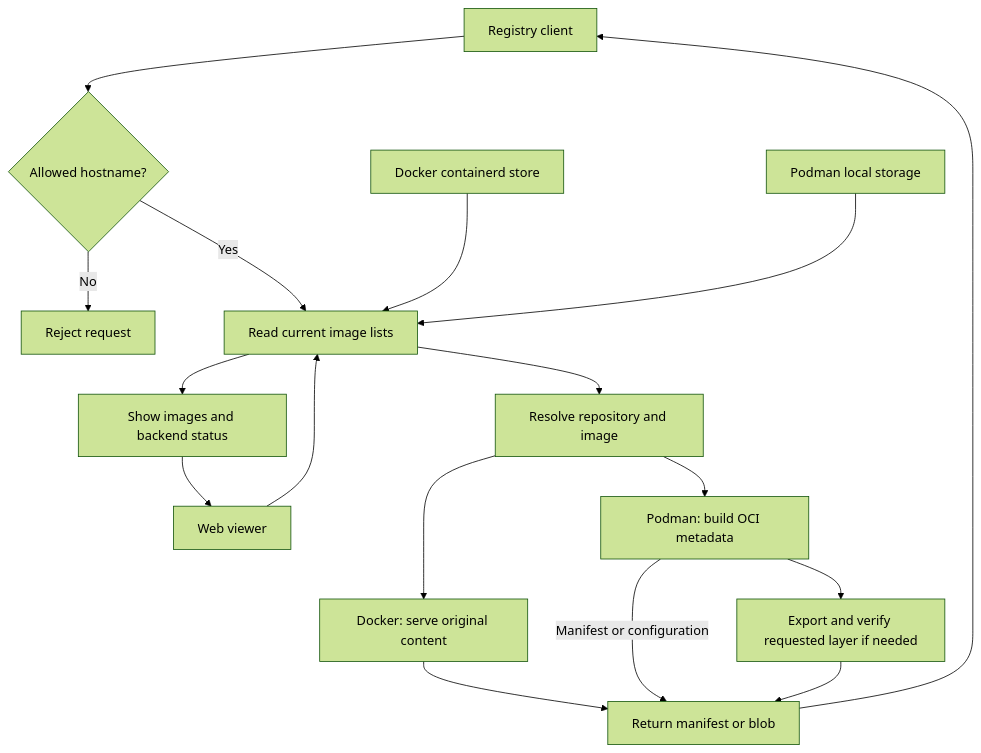
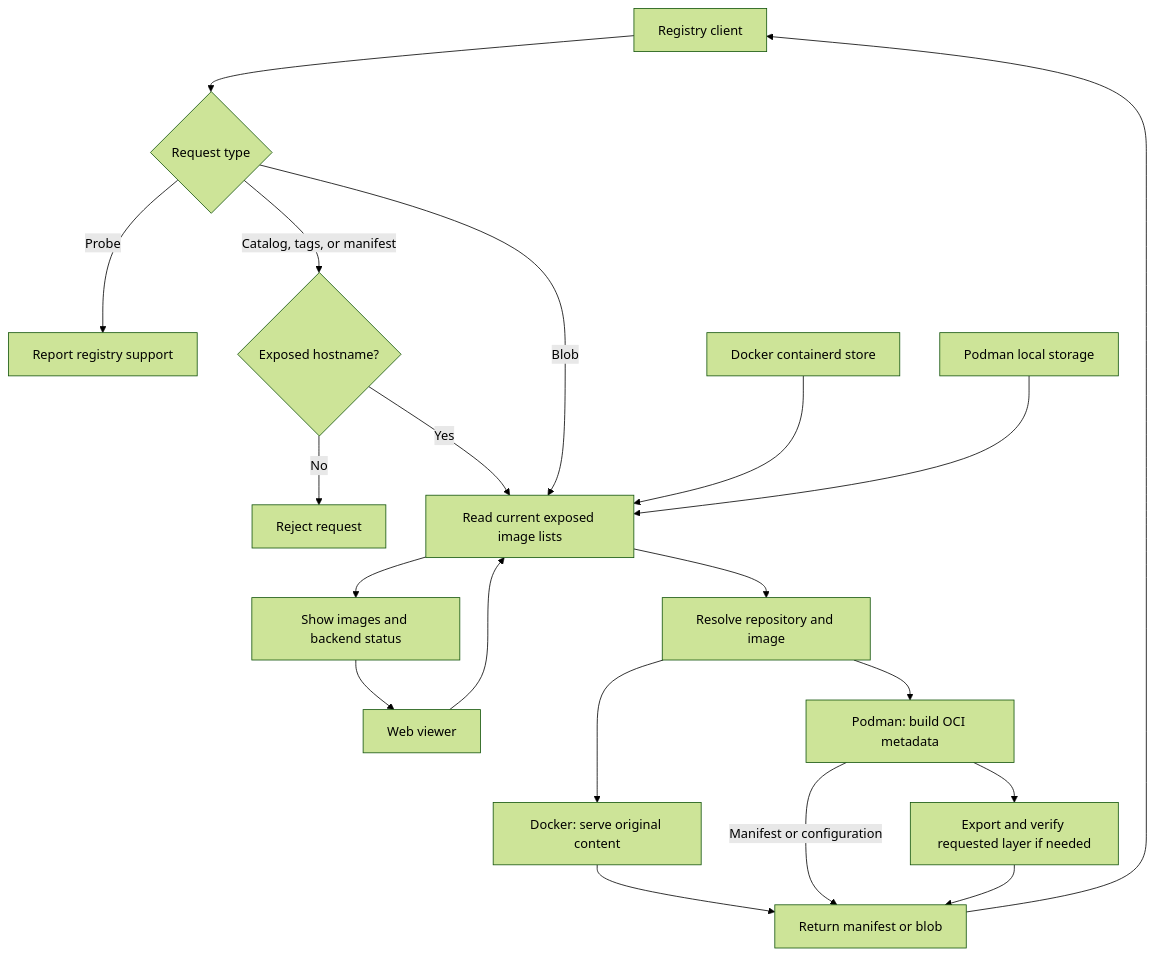
Before and after one commit to jlzhjp/regview: the diagram in README.md, drawn with Mermaid (forest theme). The commit also changed other lines of this file and 11 other files, not shown here.

````diff
--- a/README.md
+++ b/README.md
@@ -102,19 +112,22 @@
 ```mermaid
 flowchart TD
-    Client[Registry client] --> Host{Allowed hostname?}
+    Client[Registry client] --> Request{Request type}
+    Request -->|Probe| Ping[Report registry support]
+    Request -->|Catalog, tags, or manifest| Host{Exposed hostname?}
     Host -->|No| Reject[Reject request]
-    Host -->|Yes| Catalog[Read current image lists]
+    Host -->|Yes| Catalog[Read current exposed image lists]
+    Request -->|Blob| Catalog
     Viewer[Web viewer] --> Catalog
     Docker[Docker containerd store] --> Catalog
     Podman[Podman local storage] --> Catalog
     Catalog --> Browse[Show images and backend status]
     Browse --> Viewer
     Catalog --> Resolve[Resolve repository and image]
     Resolve --> Native[Docker: serve original content]
     Resolve --> Convert[Podman: build OCI metadata]
     Convert --> Verify[Export and verify requested layer if needed]
     Native --> Response[Return manifest or blob]
     Convert -->|Manifest or configuration| Response
     Verify --> Response
     Response --> Client
 ```
````
